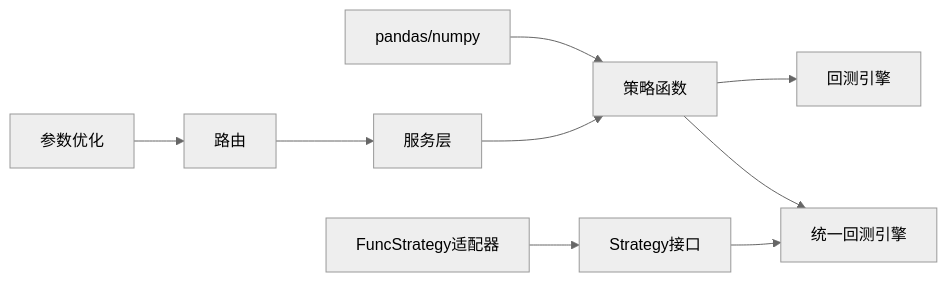
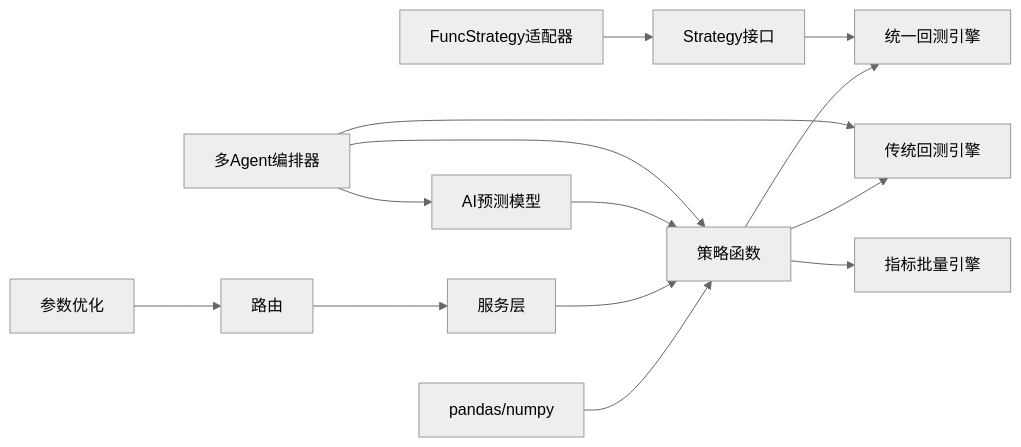
Before and after one commit to Magicer2024/AIQuant: the tenth of 10 diagrams in .qoder/repowiki/zh/content/项目概述/核心功能特性/多策略量化分析/多策略量化分析.md, drawn with Mermaid (neutral theme). The commit also changed other lines of this file and 62 other files, not shown here.

First line of the commit message:
refactor: migrate modules to 六部 ministries architecture

````diff
--- a/.qoder/repowiki/zh/content/项目概述/核心功能特性/多策略量化分析/多策略量化分析.md
+++ b/.qoder/repowiki/zh/content/项目概述/核心功能特性/多策略量化分析/多策略量化分析.md
@@ -445,11 +585,16 @@
 ```mermaid
 graph LR
 PANDAS["pandas/numpy"] --> STRAT["策略函数"]
-STRAT --> BACKTEST["回测引擎"]
+STRAT --> BACKTEST["传统回测引擎"]
 STRAT --> UNIFIED["统一回测引擎"]
+STRAT --> IND["指标批量引擎"]
 IFACE["Strategy接口"] --> UNIFIED
 FUNC["FuncStrategy适配器"] --> IFACE
 OPT["参数优化"] --> ROUTES["路由"]
 ROUTES --> SVC["服务层"]
 SVC --> STRAT
+AI["AI预测模型"] --> STRAT
+ORCH["多Agent编排器"] --> STRAT
+ORCH --> BACKTEST
+ORCH --> AI
 ```
````
